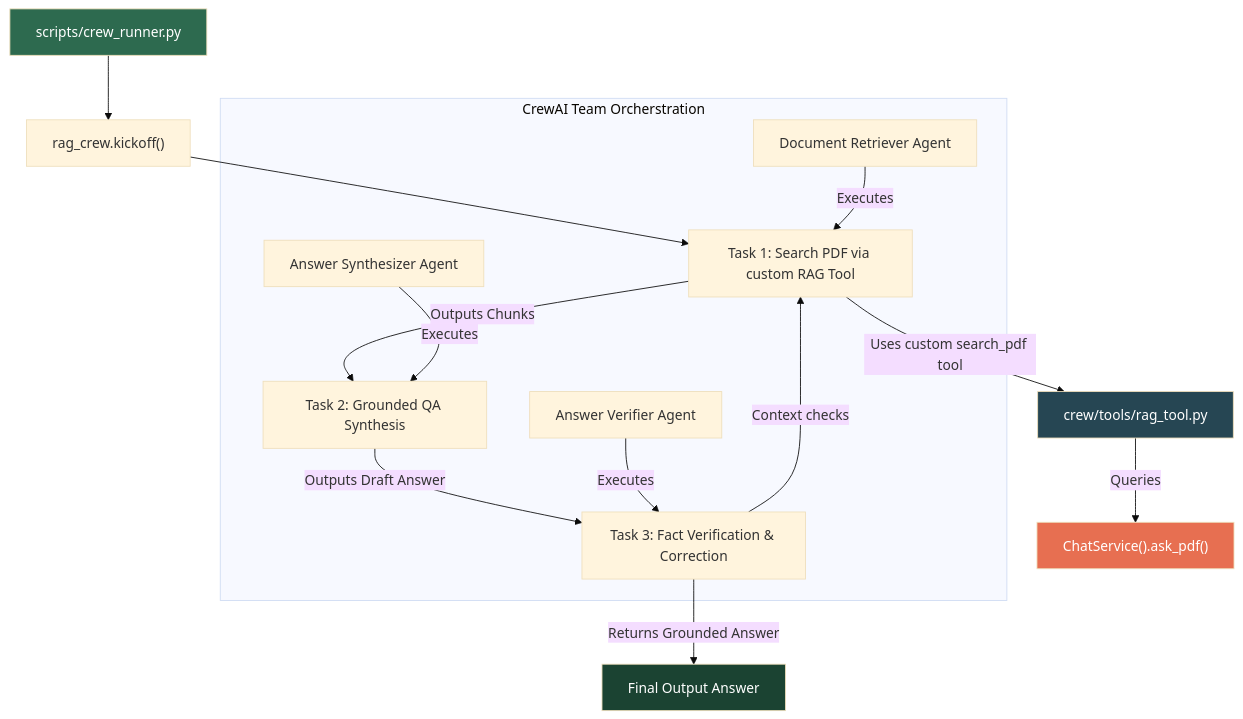
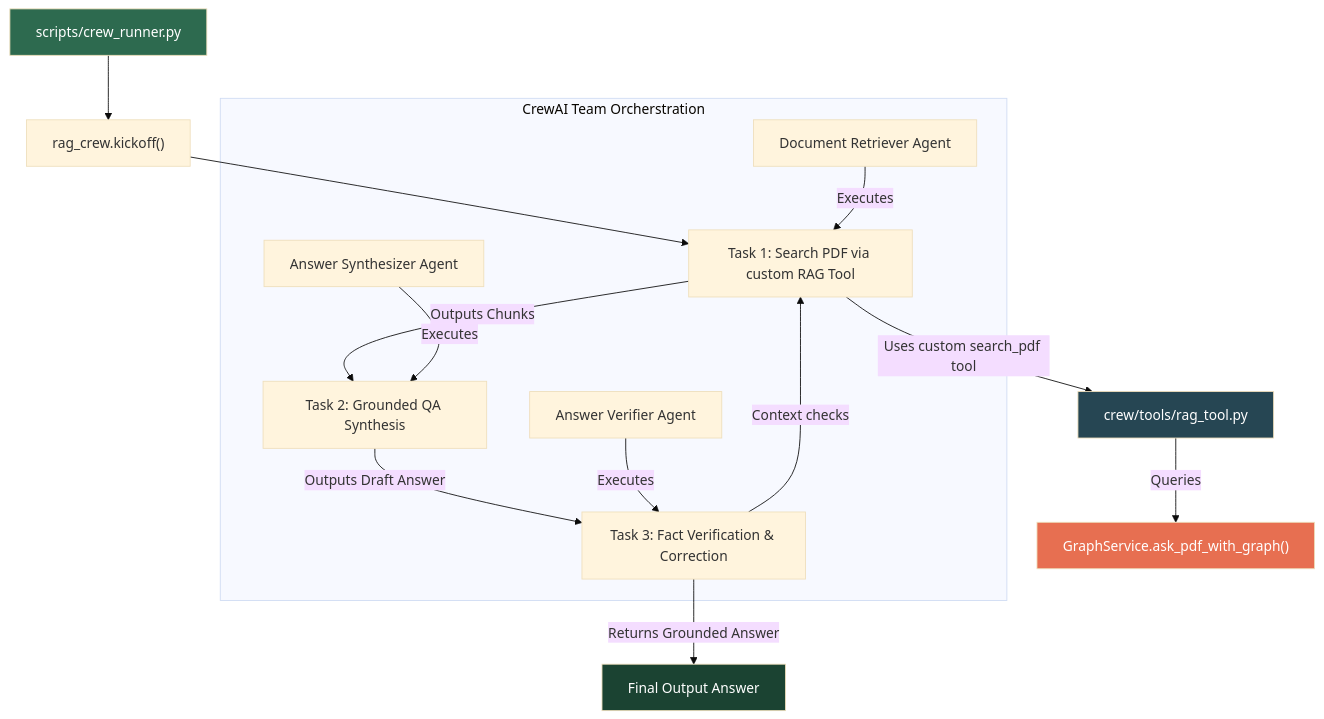
The fourth of 5 diagrams in README.md (hasnatsakil/agentic-rag-service), drawn with Mermaid (base theme) before and after one commit. The commit also changed other lines of this file, not shown here.

````diff
--- a/README.md
+++ b/README.md
@@ -207,33 +189,33 @@
 ```mermaid
 flowchart TD
     A["scripts/crew_runner.py"] --> B["rag_crew.kickoff()"]
 
     subgraph Crew["CrewAI Team Orcherstration"]
         AG1["Document Retriever Agent"]
         AG2["Answer Synthesizer Agent"]
         AG3["Answer Verifier Agent"]
         
         T1["Task 1: Search PDF via custom RAG Tool"]
         T2["Task 2: Grounded QA Synthesis"]
         T3["Task 3: Fact Verification & Correction"]
     end
 
     B --> T1
     AG1 -->|Executes| T1
     T1 -->|Uses custom search_pdf tool| TL["crew/tools/rag_tool.py"]
-    TL -->|Queries| CS["ChatService().ask_pdf()"]
+    TL -->|Queries| GS["GraphService.ask_pdf_with_graph()"]
     
     T1 -->|Outputs Chunks| T2
     AG2 -->|Executes| T2
     
     T2 -->|Outputs Draft Answer| T3
     AG3 -->|Executes| T3
     T3 -->|Context checks| T1
     
     T3 -->|Returns Grounded Answer| C["Final Output Answer"]
 
     style A fill:#2d6a4f,color:#fff
-    style CS fill:#e76f51,color:#fff
+    style GS fill:#e76f51,color:#fff
     style C fill:#1b4332,color:#fff
     style TL fill:#264653,color:#fff
 ```
````
